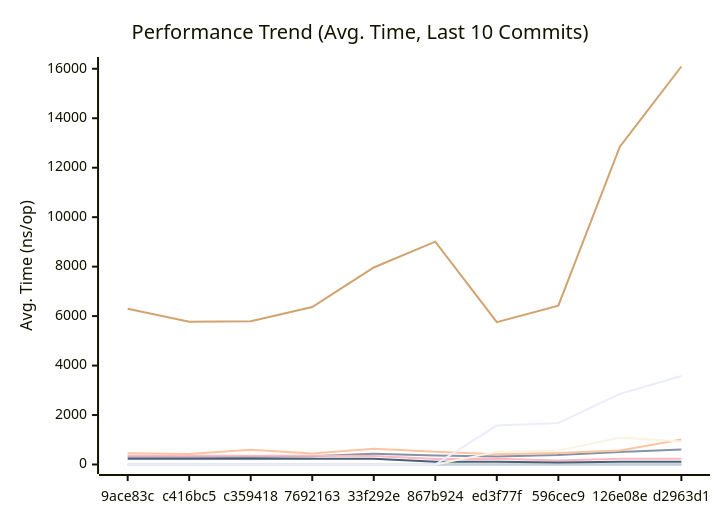
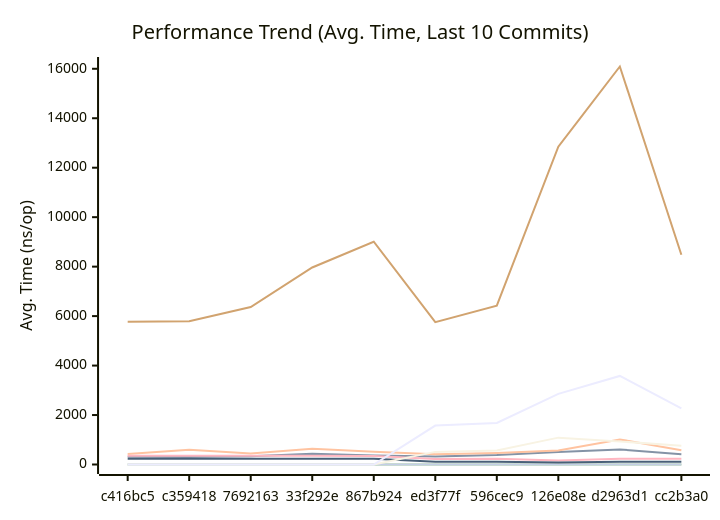
Before and after one commit to alsotoes/momo: the first of 3 diagrams in docs/PERFORMANCE.md, drawn with Mermaid. The commit also changed other lines of this file and 2 other files, not shown here.

````diff
--- a/docs/PERFORMANCE.md
+++ b/docs/PERFORMANCE.md
@@ -128,18 +128,18 @@
 ```mermaid
 xychart-beta
     title "Performance Trend (Avg. Time, Last 10 Commits)"
     x-axis "Commit"
     y-axis "Avg. Time (ns/op)"
-    x-axis [9ace83c,c416bc5,c359418,7692163,33f292e,867b924,ed3f77f,596cec9,126e08e,d2963d1]
-    line "CheckMetricsAndSwap" [9,8,8,9,13,13,8,9,22,17]
-    line "CrushOptimized" [313,315,308,332,438,367,326,382,508,611]
-    line "CrushOriginal" [459,426,593,442,635,518,416,464,564,1014]
-    line "IndexDirectTracking" [0,0,0,0,0,1,0,0,1,1]
-    line "IndexSearch" [3,3,3,3,3,4,2,2,2,3]
-    line "LoadGlobalConfig" [6301,5771,5790,6366,7966,9009,5754,6420,12850,16092]
-    line "PadString" [2,2,2,2,2,3,2,3,4,4]
+    x-axis [c416bc5,c359418,7692163,33f292e,867b924,ed3f77f,596cec9,126e08e,d2963d1,cc2b3a0]
+    line "CheckMetricsAndSwap" [8,8,9,13,13,8,9,22,17,13]
+    line "CrushOptimized" [315,308,332,438,367,326,382,508,611,411]
+    line "CrushOriginal" [426,593,442,635,518,416,464,564,1014,574]
+    line "IndexDirectTracking" [0,0,0,0,1,0,0,1,1,0]
+    line "IndexSearch" [3,3,3,3,4,2,2,2,3,2]
+    line "LoadGlobalConfig" [5771,5790,6366,7966,9009,5754,6420,12850,16092,8480]
+    line "PadString" [2,2,2,2,3,2,3,4,4,3]
     line "ParseReplicationOrder_NoPrealloc" [350,349,357,354,345,225,229,165,232,234]
     line "ParseReplicationOrder_Prealloc" [229,231,237,234,229,108,107,80,110,109]
-    line "SanitizeLog/Safe" [0,0,0,0,0,0,510,564,1086,932]
-    line "SanitizeLog/Unsafe" [0,0,0,0,0,0,1574,1680,2855,3581]
+    line "SanitizeLog/Safe" [0,0,0,0,0,510,564,1086,932,759]
+    line "SanitizeLog/Unsafe" [0,0,0,0,0,1574,1680,2855,3581,2269]
 ```
````
